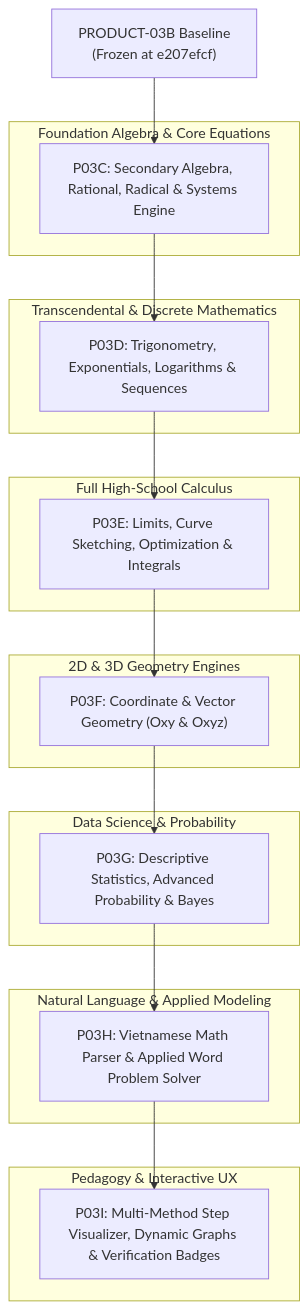
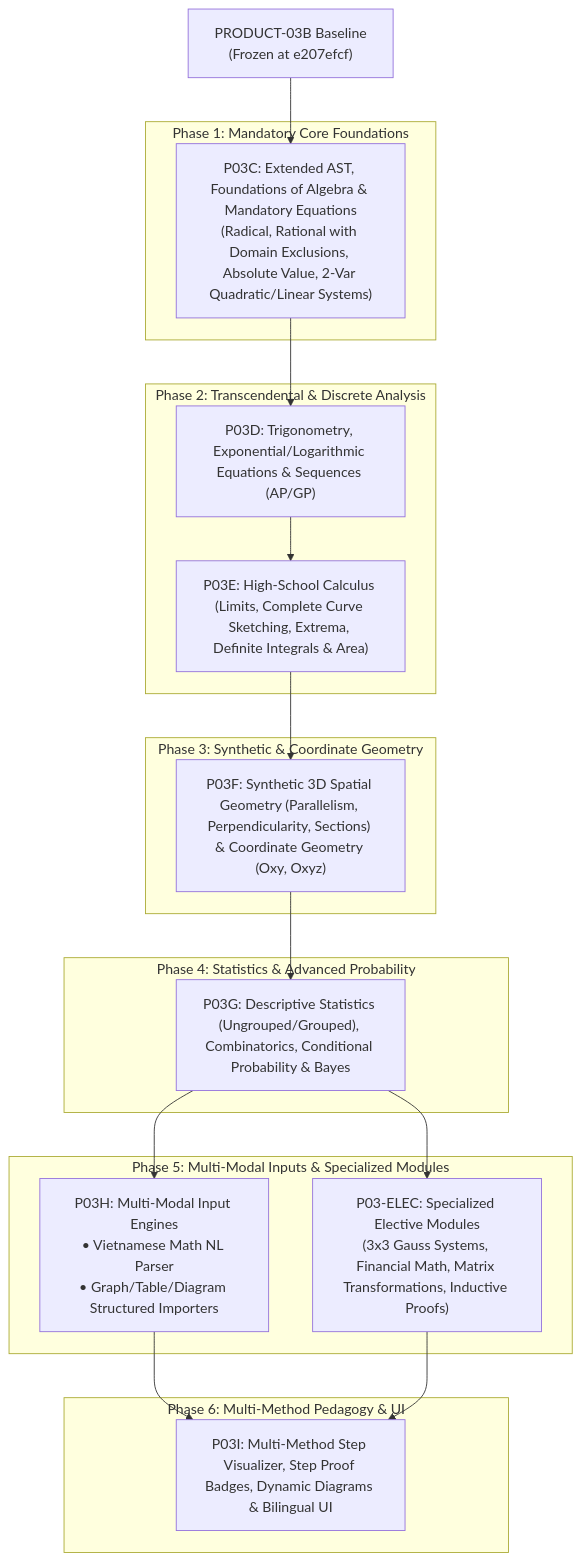
The diagram in docs/proposals/P03C_REVISED_THPT_ROADMAP.md (PhanHoangKe/math-knowledge-engine), drawn with Mermaid before and after one commit. The commit also changed other lines of this file and 8 other files, not shown here.

````diff
--- a/docs/proposals/P03C_REVISED_THPT_ROADMAP.md
+++ b/docs/proposals/P03C_REVISED_THPT_ROADMAP.md
@@ -13,39 +13,39 @@
 ```mermaid
 flowchart TD
     P03B["PRODUCT-03B Baseline<br>(Frozen at e207efcf)"] --> P03C
     
-    subgraph Phase1["Foundation Algebra & Core Equations"]
-        P03C["P03C: Secondary Algebra, Rational, Radical & Systems Engine"]
+    subgraph Foundation["Phase 1: Mandatory Core Foundations"]
+        P03C["P03C: Extended AST, Foundations of Algebra & Mandatory Equations<br>(Radical, Rational with Domain Exclusions, Absolute Value, 2-Var Quadratic/Linear Systems)"]
     end
     
-    subgraph Phase2["Transcendental & Discrete Mathematics"]
-        P03D["P03D: Trigonometry, Exponentials, Logarithms & Sequences"]
+    subgraph Analysis["Phase 2: Transcendental & Discrete Analysis"]
+        P03D["P03D: Trigonometry, Exponential/Logarithmic Equations & Sequences (AP/GP)"]
+        P03E["P03E: High-School Calculus (Limits, Complete Curve Sketching, Extrema, Definite Integrals & Area)"]
     end
     
-    subgraph Phase3["Full High-School Calculus"]
-        P03E["P03E: Limits, Curve Sketching, Optimization & Integrals"]
+    subgraph Geometry["Phase 3: Synthetic & Coordinate Geometry"]
+        P03F["P03F: Synthetic 3D Spatial Geometry (Parallelism, Perpendicularity, Sections) & Coordinate Geometry (Oxy, Oxyz)"]
     end
     
-    subgraph Phase4["2D & 3D Geometry Engines"]
-        P03F["P03F: Coordinate & Vector Geometry (Oxy & Oxyz)"]
+    subgraph Applied_Data["Phase 4: Statistics & Advanced Probability"]
+        P03G["P03G: Descriptive Statistics (Ungrouped/Grouped), Combinatorics, Conditional Probability & Bayes"]
     end
     
-    subgraph Phase5["Data Science & Probability"]
-        P03G["P03G: Descriptive Statistics, Advanced Probability & Bayes"]
+    subgraph Modalities["Phase 5: Multi-Modal Inputs & Specialized Modules"]
+        P03H["P03H: Multi-Modal Input Engines<br>• Vietnamese Math NL Parser<br>• Graph/Table/Diagram Structured Importers"]
+        P03_ELEC["P03-ELEC: Specialized Elective Modules<br>(3x3 Gauss Systems, Financial Math, Matrix Transformations, Inductive Proofs)"]
     end
     
-    subgraph Phase6["Natural Language & Applied Modeling"]
-        P03H["P03H: Vietnamese Math Parser & Applied Word Problem Solver"]
-    end
-    
-    subgraph Phase7["Pedagogy & Interactive UX"]
-        P03I["P03I: Multi-Method Step Visualizer, Dynamic Graphs & Verification Badges"]
+    subgraph UX_Pedagogy["Phase 6: Multi-Method Pedagogy & UI"]
+        P03I["P03I: Multi-Method Step Visualizer, Step Proof Badges, Dynamic Diagrams & Bilingual UI"]
     end
 
     P03C --> P03D
     P03D --> P03E
     P03E --> P03F
     P03F --> P03G
     P03G --> P03H
+    P03G --> P03_ELEC
     P03H --> P03I
+    P03_ELEC --> P03I
 ```
````
